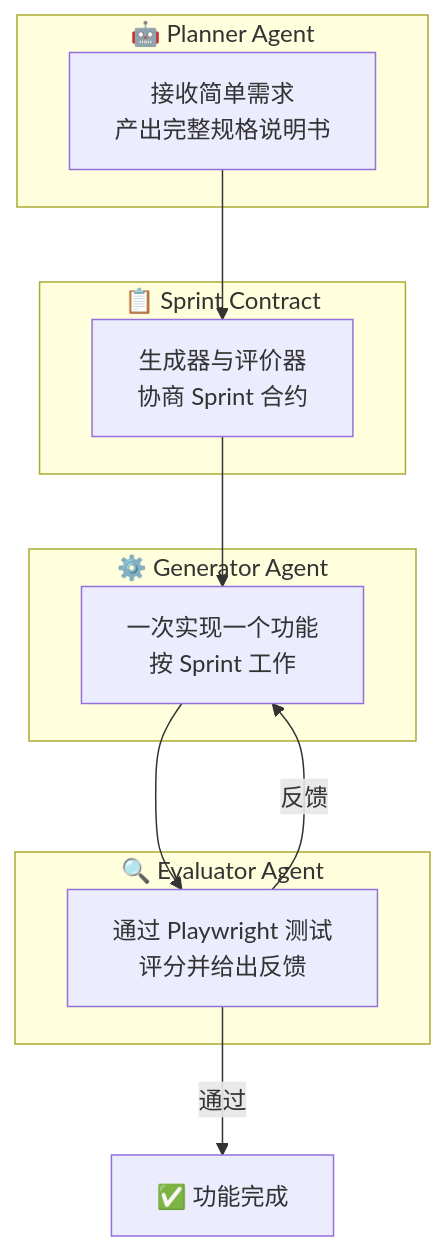
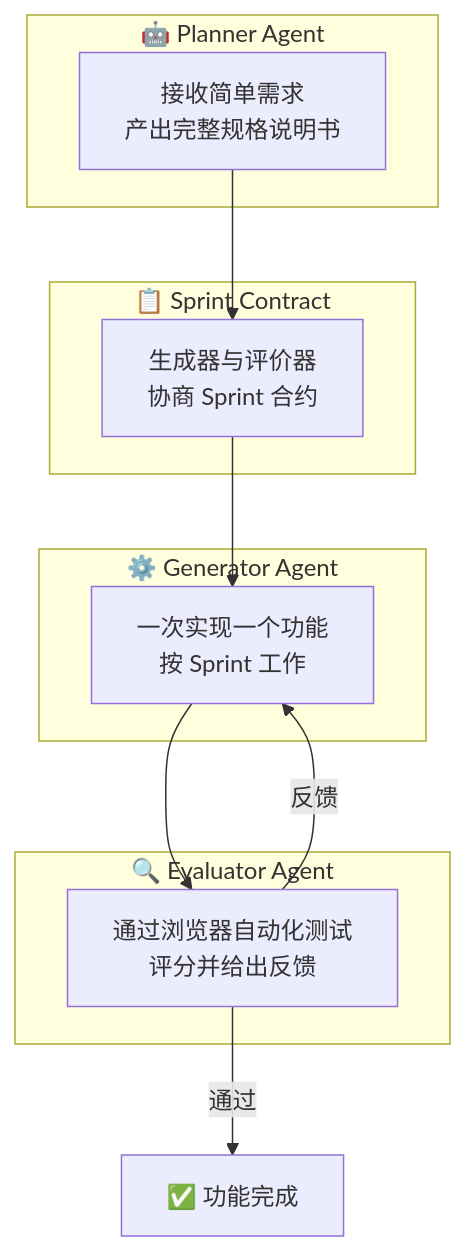
One commit to A1pha3/text-matrix changed the first of 2 diagrams in content/posts/tech/ai-agent-harness-design-long-running-applications.md. Above: the diagram before and after it, drawn with Mermaid. The commit also changed other lines of this file, not shown here.

````diff
--- a/content/posts/tech/ai-agent-harness-design-long-running-applications.md
+++ b/content/posts/tech/ai-agent-harness-design-long-running-applications.md
@@ -109,24 +111,24 @@
 ```mermaid
 graph TB
     subgraph Planner["🤖 Planner Agent"]
         P[接收简单需求<br/>产出完整规格说明书]
     end
     
     subgraph Contract["📋 Sprint Contract"]
         C[生成器与评价器<br/>协商 Sprint 合约]
     end
     
     subgraph Generator["⚙️ Generator Agent"]
         G[一次实现一个功能<br/>按 Sprint 工作]
     end
     
     subgraph Evaluator["🔍 Evaluator Agent"]
-        E[通过 Playwright 测试<br/>评分并给出反馈]
+        E[通过浏览器自动化测试<br/>评分并给出反馈]
     end
     
     P --> C
     C --> G
     G --> E
     E -->|反馈| G
     E -->|通过| Done[✅ 功能完成]
 ```
````
